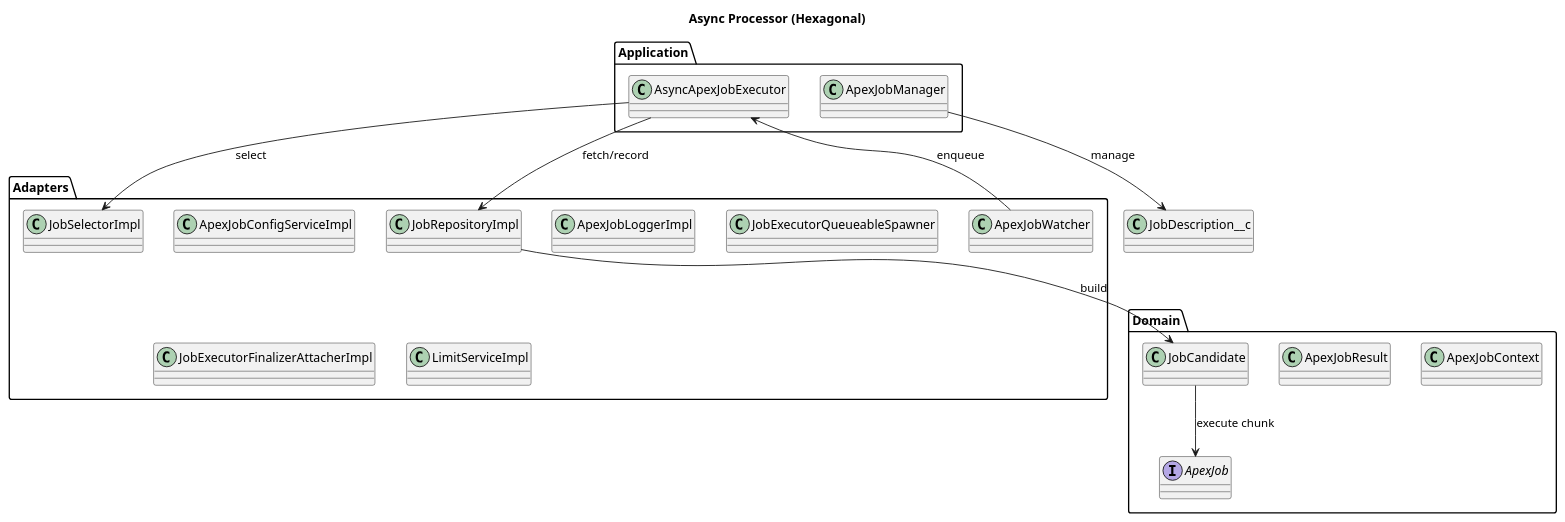
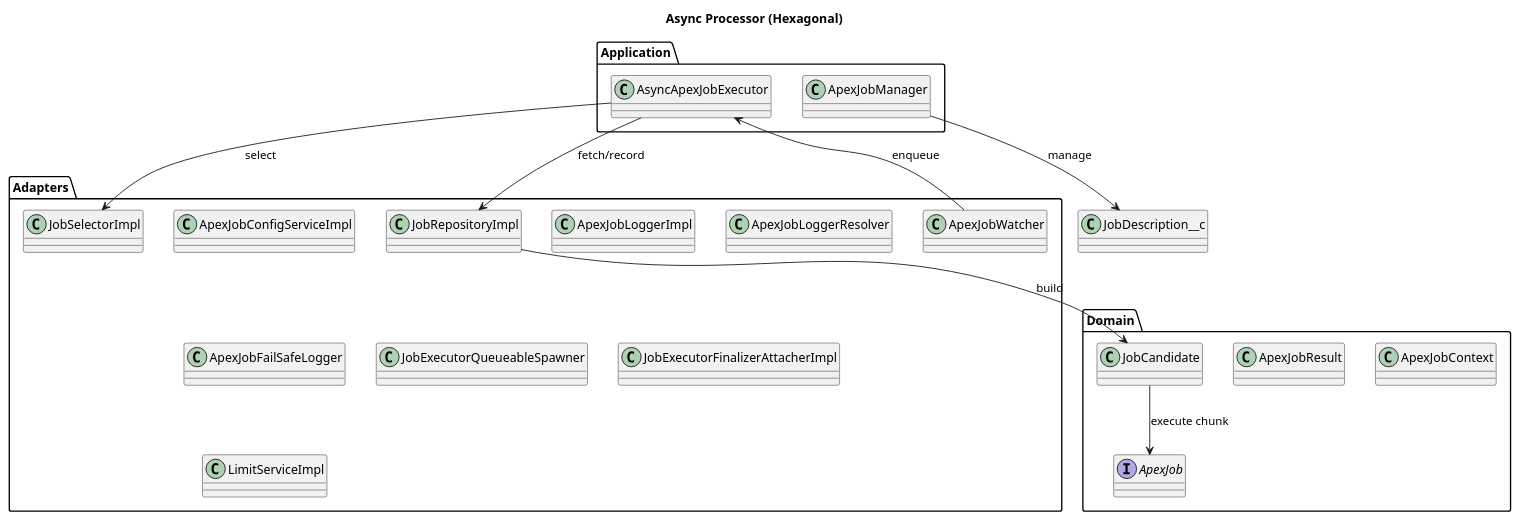
Before and after one commit to scolladon/apex-async-job-processor: the diagram in README.md, drawn with PlantUML. The commit also changed other lines of this file and 16 other files, not shown here.

````diff
--- a/README.md
+++ b/README.md
@@ -431,35 +462,37 @@
  ```plantuml
  @startuml
  title Async Processor (Hexagonal)
 
  package "Application" {
    class AsyncApexJobExecutor
    class ApexJobManager
  }
 
  package "Domain" {
    interface ApexJob
    class ApexJobContext
    class ApexJobResult
    class JobCandidate
  }
 
  package "Adapters" {
    class JobSelectorImpl
    class JobRepositoryImpl
    class ApexJobWatcher
    class ApexJobConfigServiceImpl
    class ApexJobLoggerImpl
+   class ApexJobLoggerResolver
+   class ApexJobFailSafeLogger
    class JobExecutorQueueableSpawner
    class JobExecutorFinalizerAttacherImpl
    class LimitServiceImpl
  }
 
  AsyncApexJobExecutor --> JobRepositoryImpl : fetch/record
  AsyncApexJobExecutor --> JobSelectorImpl : select
  JobRepositoryImpl --> JobCandidate : build
  JobCandidate --> ApexJob : execute chunk
  ApexJobWatcher --> AsyncApexJobExecutor : enqueue
  ApexJobManager --> JobDescription__c : manage
  @enduml
  ```
````
